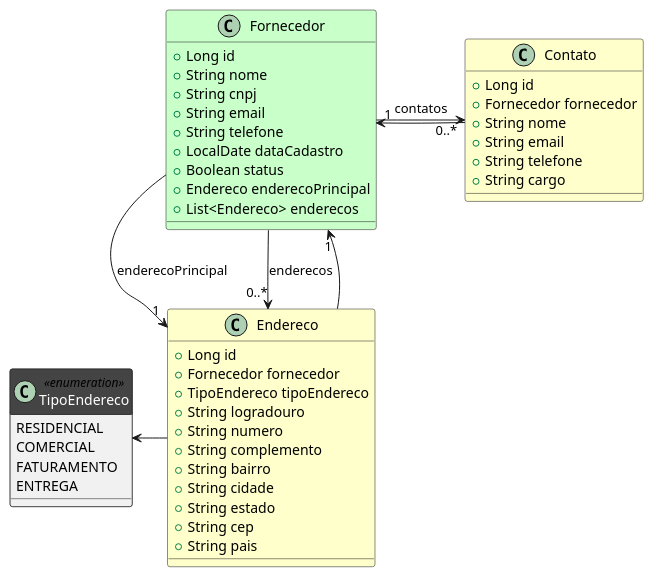
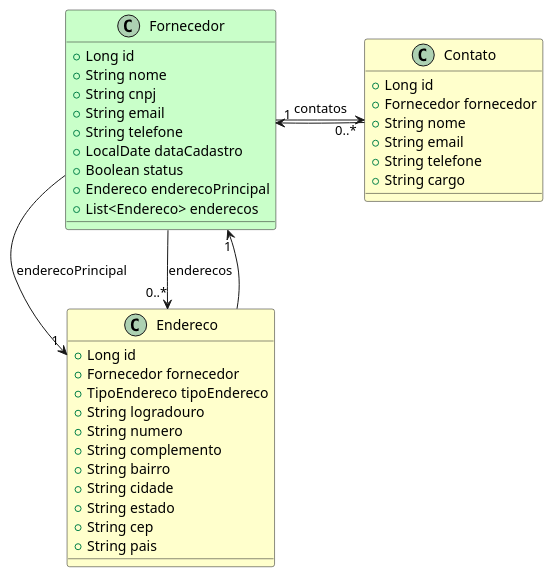
Before and after one commit to 20241-ifba-saj-ads-pweb/blog-material-aula: the second of 11 diagrams in src/posts/14_trabalho.md, drawn with PlantUML. The commit also changed other lines of this file, not shown here.

````diff
--- a/src/posts/14_trabalho.md
+++ b/src/posts/14_trabalho.md
@@ -150,57 +150,50 @@
   ```plantuml
   	
   @startuml
   skinparam classFontColor automatic
   skinparam classHeaderBackgroundColor #444
   
   
   class Fornecedor #Technology{
       + Long id
       + String nome
       + String cnpj
       + String email
       + String telefone
       + LocalDate dataCadastro
       + Boolean status
       + Endereco enderecoPrincipal
       + List<Endereco> enderecos
   }
 
   class Endereco #Business{
       + Long id
       + Fornecedor fornecedor
       + TipoEndereco tipoEndereco
       + String logradouro
       + String numero
       + String complemento
       + String bairro
       + String cidade
       + String estado
       + String cep
       + String pais
   }
 
   class Contato #Business{
       + Long id
       + Fornecedor fornecedor
       + String nome
       + String email
       + String telefone
       + String cargo
   }
 
-  class TipoEndereco <<enumeration>> {
-      RESIDENCIAL
-      COMERCIAL
-      FATURAMENTO
-      ENTREGA
-  }
-
   Fornecedor --> "1" Endereco : enderecoPrincipal
   Fornecedor --> "0..*" Endereco : enderecos
   Fornecedor --> "0..*" Contato : contatos
   Endereco --> "1" Fornecedor
   Contato -> "1" Fornecedor
-  TipoEndereco <- Endereco
+  
   @enduml
   ```
````
